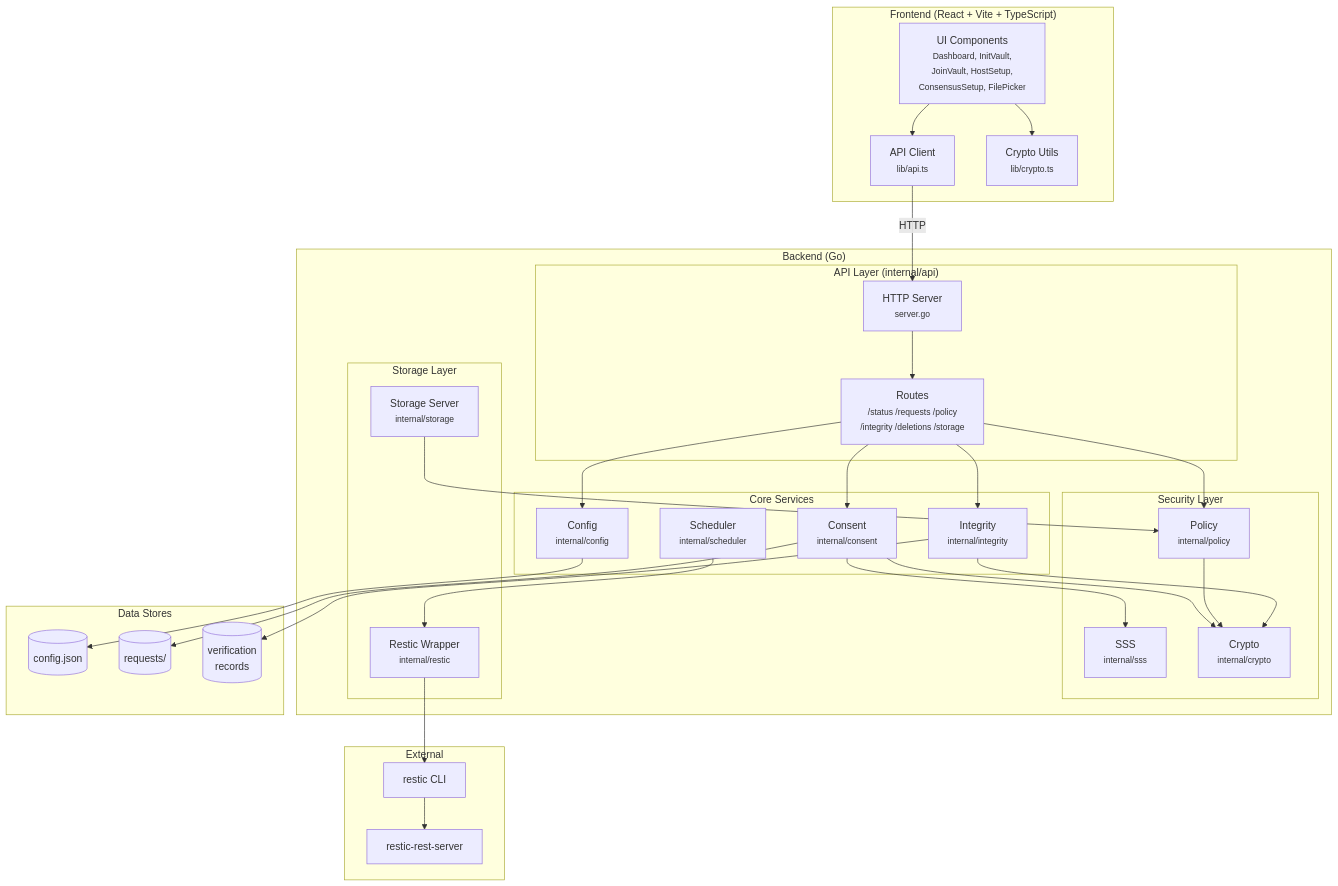
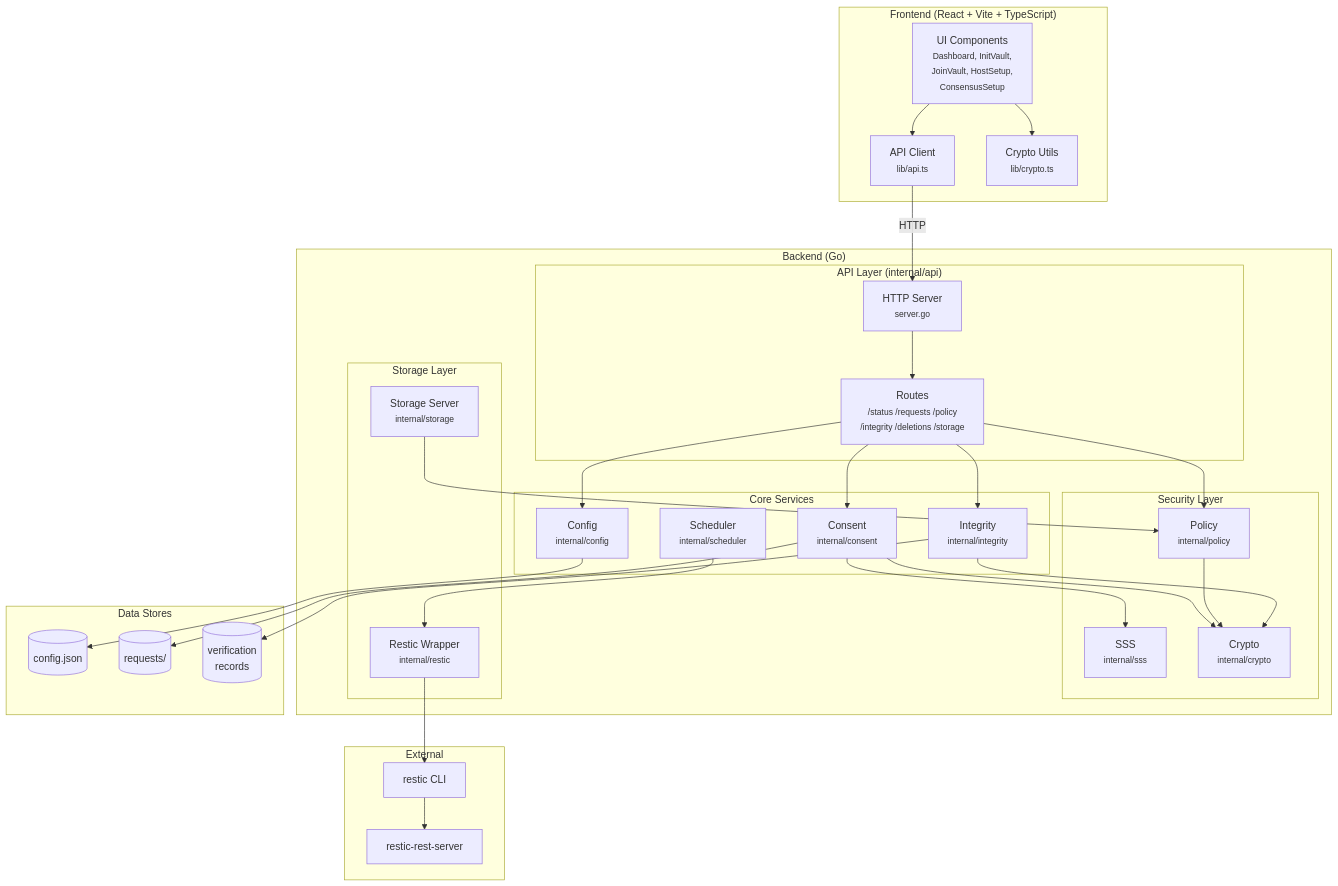
One commit to lcrostarosa/airgapper changed the third of 3 diagrams in README.md. Above: the diagram before and after it, drawn with Mermaid. The commit also changed 58 other files, not shown here.

````diff
--- a/README.md
+++ b/README.md
@@ -287,65 +287,65 @@
 ```mermaid
 flowchart TB
     subgraph frontend["Frontend (React + Vite + TypeScript)"]
-        components["UI Components<br/><small>Dashboard, InitVault,<br/>JoinVault, HostSetup,<br/>ConsensusSetup, FilePicker</small>"]
+        components["UI Components<br/><small>Dashboard, InitVault,<br/>JoinVault, HostSetup,<br/>ConsensusSetup</small>"]
         api_client["API Client<br/><small>lib/api.ts</small>"]
         crypto_lib["Crypto Utils<br/><small>lib/crypto.ts</small>"]
         components --> api_client
         components --> crypto_lib
     end
 
     subgraph backend["Backend (Go)"]
         subgraph api["API Layer (internal/api)"]
             server["HTTP Server<br/><small>server.go</small>"]
             routes["Routes<br/><small>/status /requests /policy<br/>/integrity /deletions /storage</small>"]
             server --> routes
         end
 
         subgraph core["Core Services"]
             config["Config<br/><small>internal/config</small>"]
             consent["Consent<br/><small>internal/consent</small>"]
             scheduler["Scheduler<br/><small>internal/scheduler</small>"]
             integrity["Integrity<br/><small>internal/integrity</small>"]
         end
 
         subgraph security["Security Layer"]
             sss["SSS<br/><small>internal/sss</small>"]
             crypto["Crypto<br/><small>internal/crypto</small>"]
             policy["Policy<br/><small>internal/policy</small>"]
         end
 
         subgraph storage["Storage Layer"]
             storage_srv["Storage Server<br/><small>internal/storage</small>"]
             restic["Restic Wrapper<br/><small>internal/restic</small>"]
         end
 
         routes --> config
         routes --> consent
         routes --> integrity
         routes --> policy
         consent --> crypto
         consent --> sss
         policy --> crypto
         integrity --> crypto
         scheduler --> restic
         storage_srv --> policy
     end
 
     subgraph external["External"]
         restic_cli["restic CLI"]
         rest_server["restic-rest-server"]
     end
 
     subgraph data["Data Stores"]
         cfg_file[("config.json")]
         requests[("requests/")]
         records[("verification<br/>records")]
     end
 
     api_client -->|"HTTP"| server
     restic --> restic_cli
     restic_cli --> rest_server
     config --> cfg_file
     consent --> requests
     integrity --> records
 ```
````
